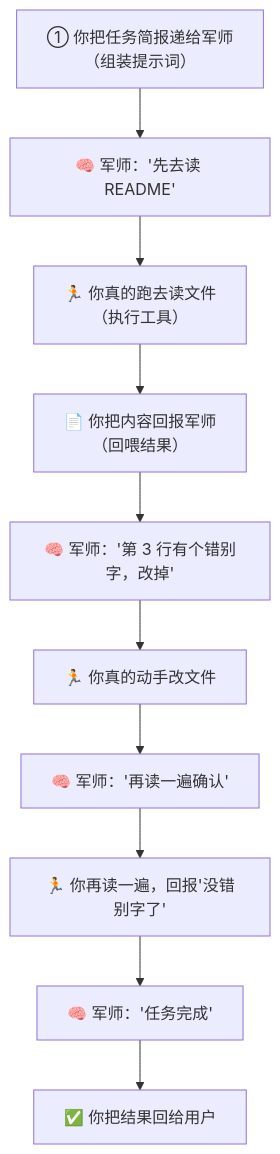
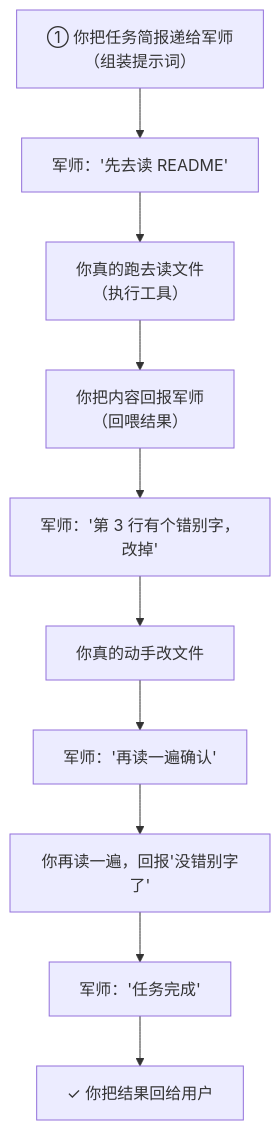
Before and after one commit to luckykhy/KhyAiHub: the sixth of 7 diagrams in docs/02_CONCEPTS_概念入门/CONCEPT/[CONCEPT-16] 什么是Harness-智能体运行骨架.md, drawn with Mermaid. The commit also changed other lines of this file and 19 other files, not shown here.

````diff
--- a/docs/02_CONCEPTS_概念入门/CONCEPT/[CONCEPT-16] 什么是Harness-智能体运行骨架.md
+++ b/docs/02_CONCEPTS_概念入门/CONCEPT/[CONCEPT-16] 什么是Harness-智能体运行骨架.md
@@ -264,12 +264,12 @@
 ```mermaid
 flowchart TB
-  S1["① 你把任务简报递给军师<br/>（组装提示词）"] --> S2["🧠 军师：'先去读 README'"]
-  S2 --> S3["🏃 你真的跑去读文件<br/>（执行工具）"]
-  S3 --> S4["📄 你把内容回报军师<br/>（回喂结果）"]
-  S4 --> S5["🧠 军师：'第 3 行有个错别字，改掉'"]
-  S5 --> S6["🏃 你真的动手改文件"]
-  S6 --> S7["🧠 军师：'再读一遍确认'"]
-  S7 --> S8["🏃 你再读一遍，回报'没错别字了'"]
-  S8 --> S9["🧠 军师：'任务完成'"]
-  S9 --> DONE["✅ 你把结果回给用户"]
+  S1["① 你把任务简报递给军师<br/>（组装提示词）"] --> S2["军师：'先去读 README'"]
+  S2 --> S3["你真的跑去读文件<br/>（执行工具）"]
+  S3 --> S4["你把内容回报军师<br/>（回喂结果）"]
+  S4 --> S5["军师：'第 3 行有个错别字，改掉'"]
+  S5 --> S6["你真的动手改文件"]
+  S6 --> S7["军师：'再读一遍确认'"]
+  S7 --> S8["你再读一遍，回报'没错别字了'"]
+  S8 --> S9["军师：'任务完成'"]
+  S9 --> DONE["✓ 你把结果回给用户"]
 ```
````
